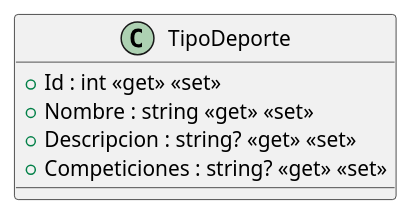
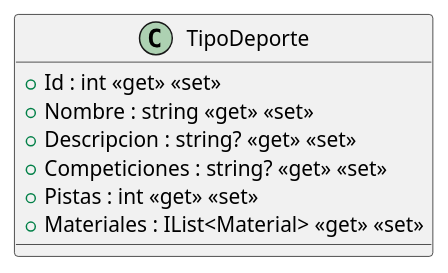
One commit to EQUIPO-AJR-IS-2/ISII2627EquipoAJR changed the diagram in src/AppForSEII.API/ClassDiagram/TipoDeporte.puml. Above: the diagram before and after it, drawn with PlantUML. The commit also changed 4 other files, not shown here.

Commit message:
Actualización de los archivos .puml del diagrama

```diff
--- a/src/AppForSEII.API/ClassDiagram/TipoDeporte.puml
+++ b/src/AppForSEII.API/ClassDiagram/TipoDeporte.puml
@@ -1,8 +1,10 @@
 @startuml
 class TipoDeporte {
     + Id : int <<get>> <<set>>
     + Nombre : string <<get>> <<set>>
     + Descripcion : string? <<get>> <<set>>
     + Competiciones : string? <<get>> <<set>>
+    + Pistas : int <<get>> <<set>>
+    + Materiales : IList<Material> <<get>> <<set>>
 }
 @enduml
```
